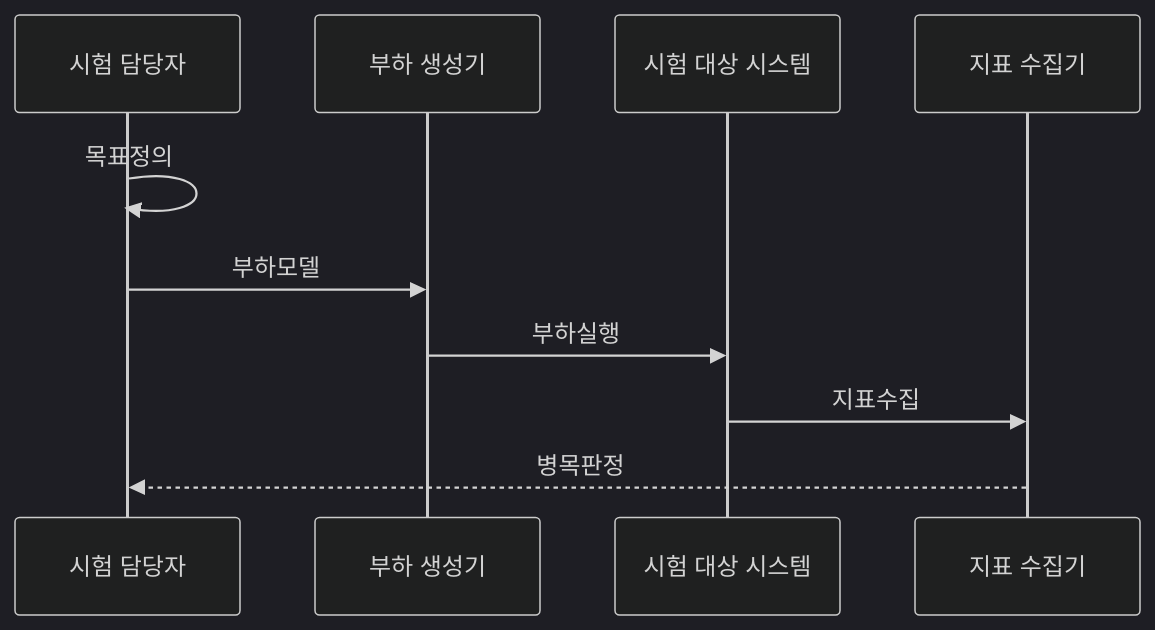
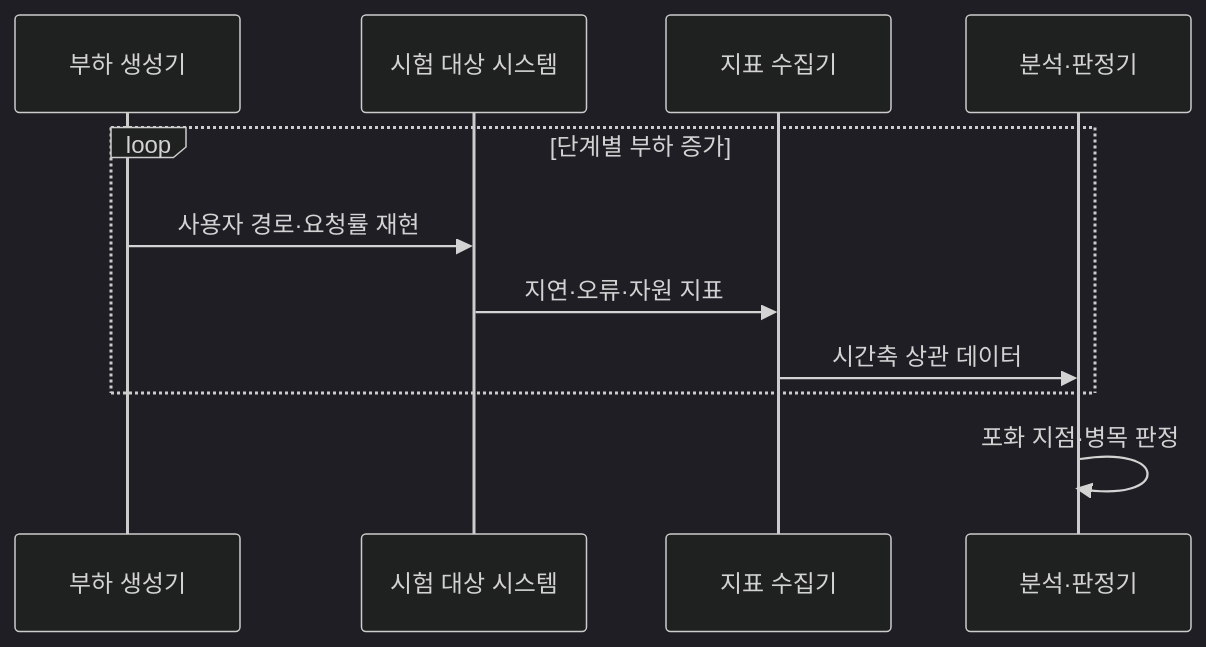
One commit to agnusdei1207/knowledge-base changed the second of 2 diagrams in src/content/docs/notes/03-software/222_performance_test_metrics.md. Above: the diagram before and after it, drawn with Mermaid (dark theme). The commit also changed other lines of this file and 10 other files, not shown here.

````diff
--- a/src/content/docs/notes/03-software/222_performance_test_metrics.md
+++ b/src/content/docs/notes/03-software/222_performance_test_metrics.md
@@ -76,12 +76,13 @@
 ```mermaid
 sequenceDiagram
-    participant A as 시험 담당자
     participant G as 부하 생성기
     participant S as 시험 대상 시스템
     participant M as 지표 수집기
-    A->>A: 목표정의
-    A->>G: 부하모델
-    G->>S: 부하실행
-    S->>M: 지표수집
-    M-->>A: 병목판정
+    participant A as 분석·판정기
+    loop 단계별 부하 증가
+        G->>S: 사용자 경로·요청률 재현
+        S->>M: 지연·오류·자원 지표
+        M->>A: 시간축 상관 데이터
+    end
+    A->>A: 포화 지점·병목 판정
 ```
````
